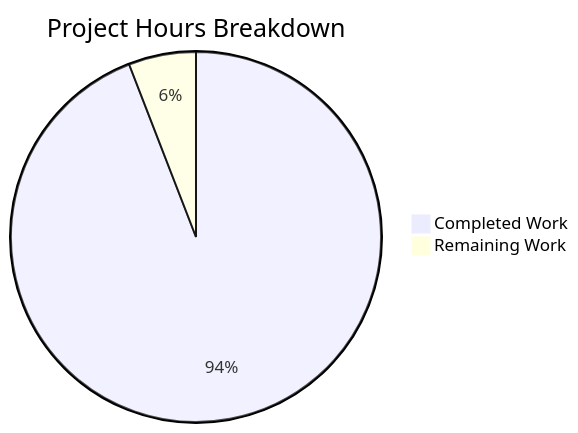
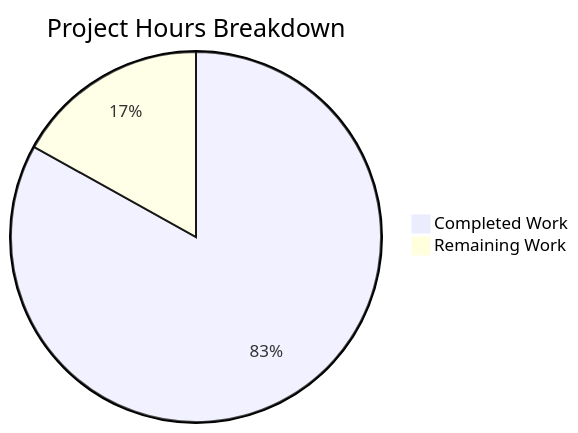
One commit to Sandeep02Kumar02/17-dec-Sandeep-branch changed the diagram in blitzy/documentation/Project Guide.md. Above: the diagram before and after it, drawn with Mermaid. The commit also changed other lines of this file, not shown here.

Commit message:
Adding Blitzy Project Guide: Project Status and Human Tasks Remaining

````diff
--- a/blitzy/documentation/Project Guide.md
+++ b/blitzy/documentation/Project Guide.md
@@ -28,5 +49,5 @@
 ```mermaid
 pie title Project Hours Breakdown
-    "Completed Work" : 32
-    "Remaining Work" : 2
+    "Completed Work" : 54
+    "Remaining Work" : 11
 ```
````
